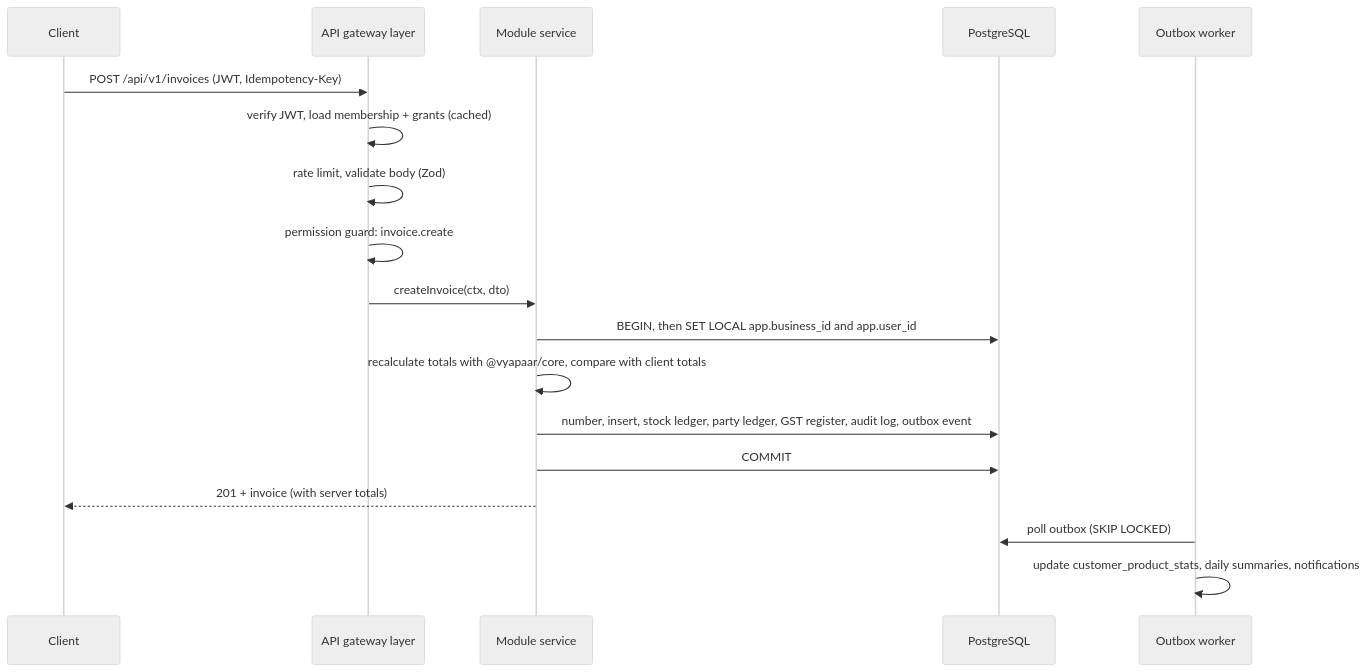
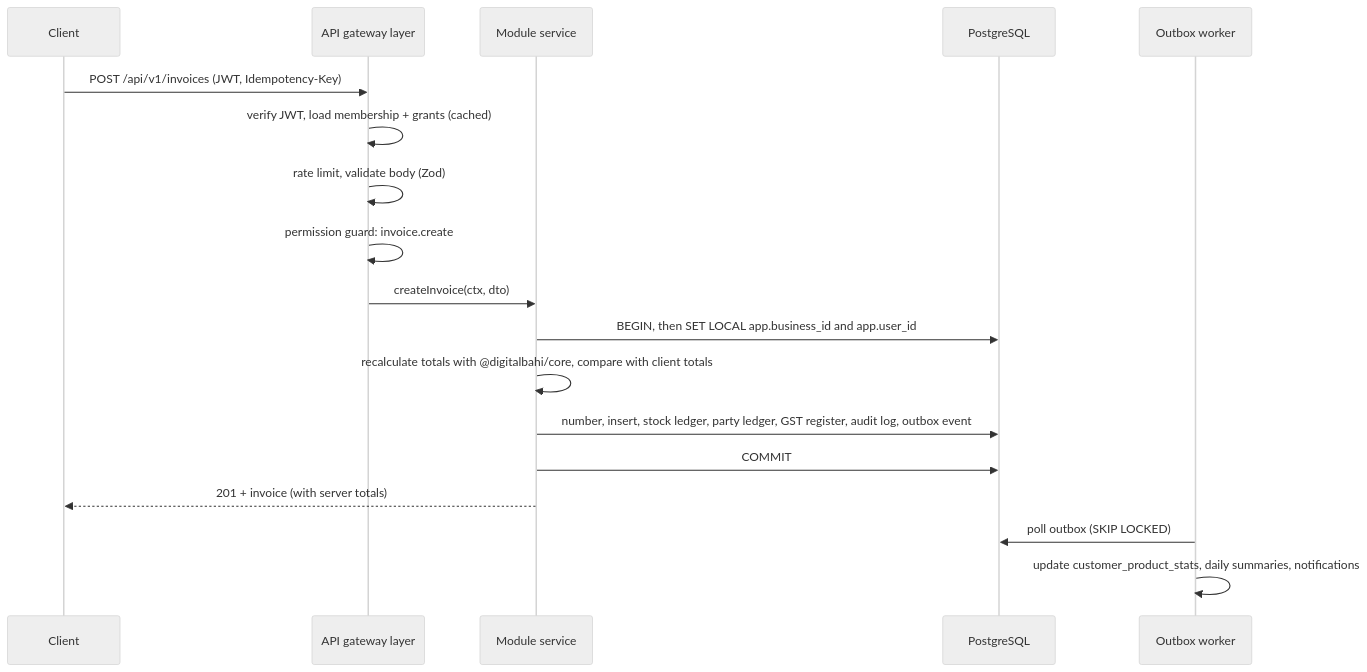
One commit to shailendrasahug010/BillingSystem changed the second of 3 diagrams in docs/01-architecture.md. Above: the diagram before and after it, drawn with Mermaid (neutral theme). The commit also changed other lines of this file and 207 other files, not shown here.

First line of the commit message:
Rename the code name from vyapaar to digitalbahi

````diff
--- a/docs/01-architecture.md
+++ b/docs/01-architecture.md
@@ -164,21 +164,21 @@
 ```mermaid
 sequenceDiagram
   participant C as Client
   participant G as API gateway layer
   participant S as Module service
   participant DB as PostgreSQL
   participant O as Outbox worker
 
   C->>G: POST /api/v1/invoices (JWT, Idempotency-Key)
   G->>G: verify JWT, load membership + grants (cached)
   G->>G: rate limit, validate body (Zod)
   G->>G: permission guard: invoice.create
   G->>S: createInvoice(ctx, dto)
   S->>DB: BEGIN, then SET LOCAL app.business_id and app.user_id
-  S->>S: recalculate totals with @vyapaar/core, compare with client totals
+  S->>S: recalculate totals with @digitalbahi/core, compare with client totals
   S->>DB: number, insert, stock ledger, party ledger, GST register, audit log, outbox event
   S->>DB: COMMIT
   S-->>C: 201 + invoice (with server totals)
   O->>DB: poll outbox (SKIP LOCKED)
   O->>O: update customer_product_stats, daily summaries, notifications
 ```
````
